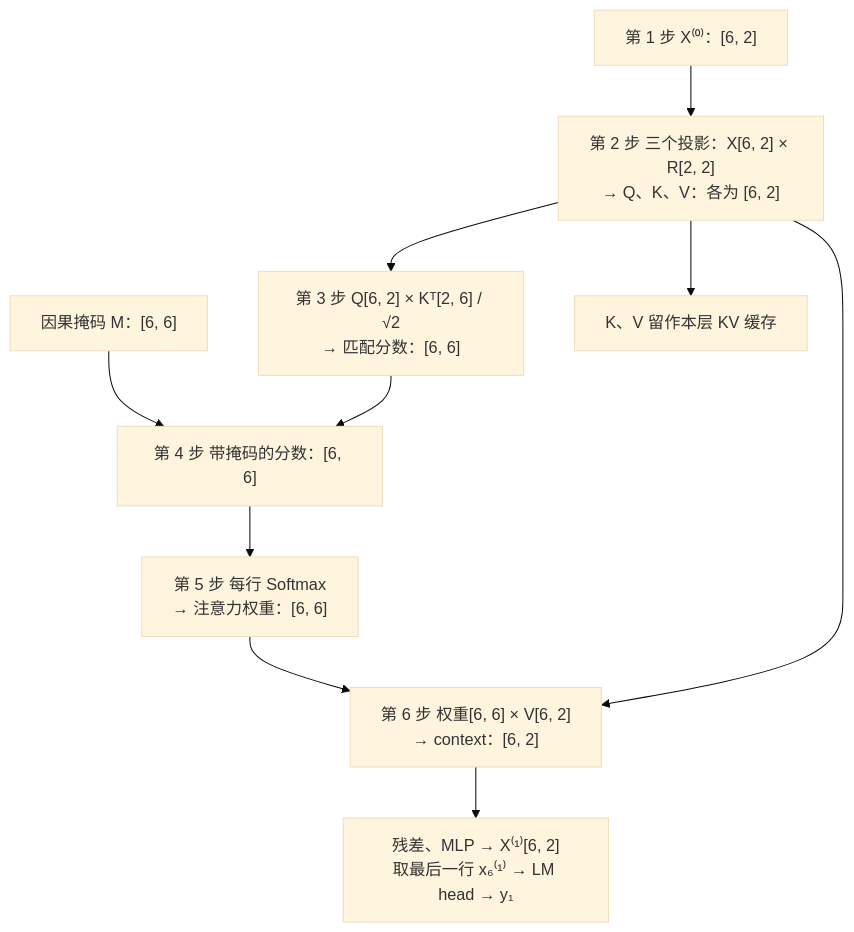
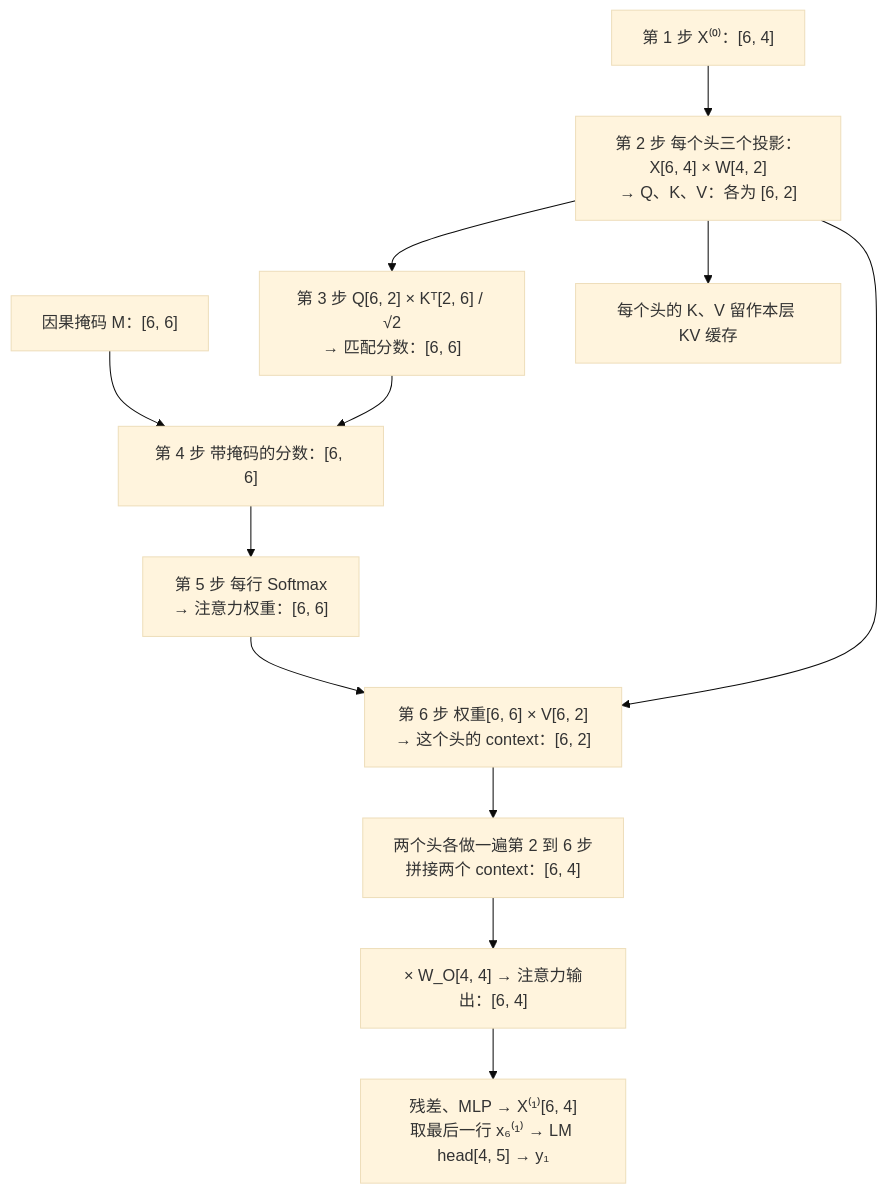
One commit to yeasy/llm_internals changed the third of 7 diagrams in 03_components/3.8_gpt_inference_flow.md. Above: the diagram before and after it, drawn with Mermaid (base theme). The commit also changed other lines of this file, not shown here.

````diff
--- a/03_components/3.8_gpt_inference_flow.md
+++ b/03_components/3.8_gpt_inference_flow.md
@@ -137,12 +179,14 @@
 ```mermaid
 flowchart TB
-    x["第 1 步 X⁽⁰⁾：[6, 2]"] --> qkv["第 2 步 三个投影：X[6, 2] × R[2, 2]<br/>→ Q、K、V：各为 [6, 2]"]
+    x["第 1 步 X⁽⁰⁾：[6, 4]"] --> qkv["第 2 步 每个头三个投影：X[6, 4] × W[4, 2]<br/>→ Q、K、V：各为 [6, 2]"]
     qkv --> raw["第 3 步 Q[6, 2] × Kᵀ[2, 6] / √2<br/>→ 匹配分数：[6, 6]"]
     mask["因果掩码 M：[6, 6]"] --> score["第 4 步 带掩码的分数：[6, 6]"]
     raw --> score
     score --> weight["第 5 步 每行 Softmax<br/>→ 注意力权重：[6, 6]"]
-    weight --> read["第 6 步 权重[6, 6] × V[6, 2]<br/>→ context：[6, 2]"]
+    weight --> read["第 6 步 权重[6, 6] × V[6, 2]<br/>→ 这个头的 context：[6, 2]"]
     qkv --> read
-    read --> residual["残差、MLP → X⁽¹⁾[6, 2]<br/>取最后一行 x₆⁽¹⁾ → LM head → y₁"]
-    qkv --> cache["K、V 留作本层 KV 缓存"]
+    read --> concat["两个头各做一遍第 2 到 6 步<br/>拼接两个 context：[6, 4]"]
+    concat --> wo["× W_O[4, 4] → 注意力输出：[6, 4]"]
+    wo --> residual["残差、MLP → X⁽¹⁾[6, 4]<br/>取最后一行 x₆⁽¹⁾ → LM head[4, 5] → y₁"]
+    qkv --> cache["每个头的 K、V 留作本层 KV 缓存"]
 ```
````
